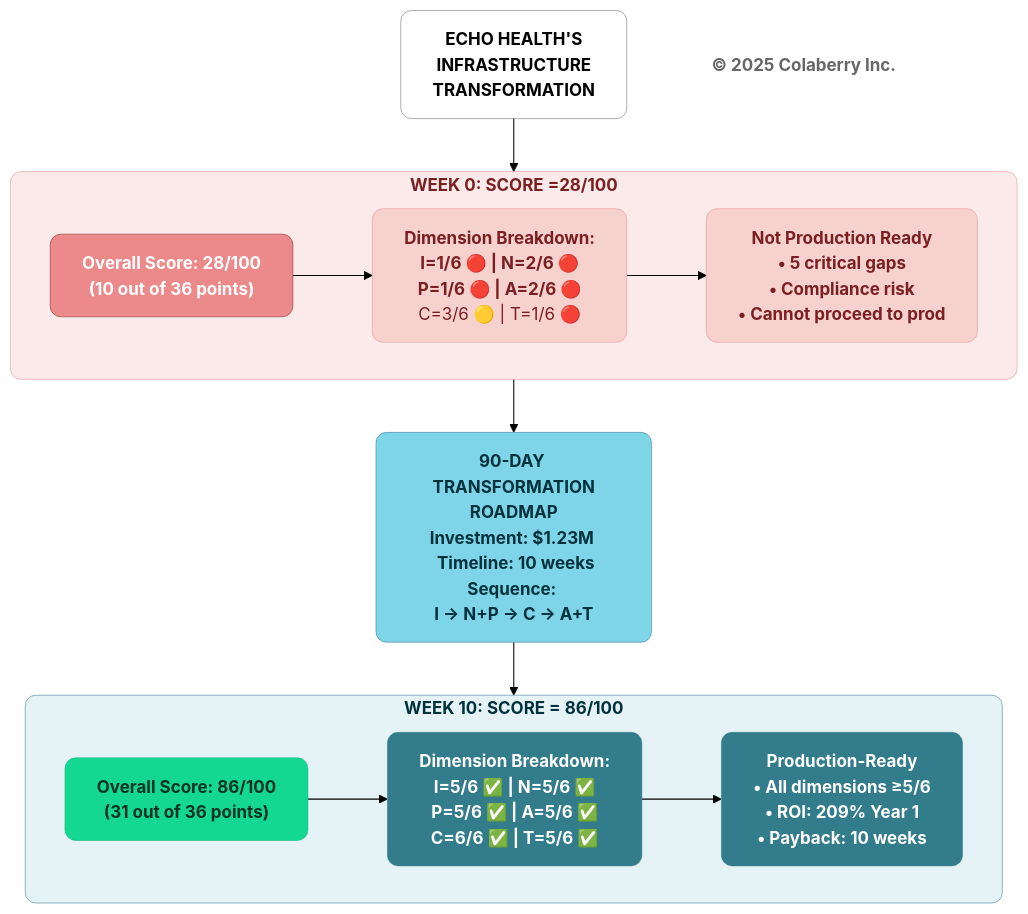
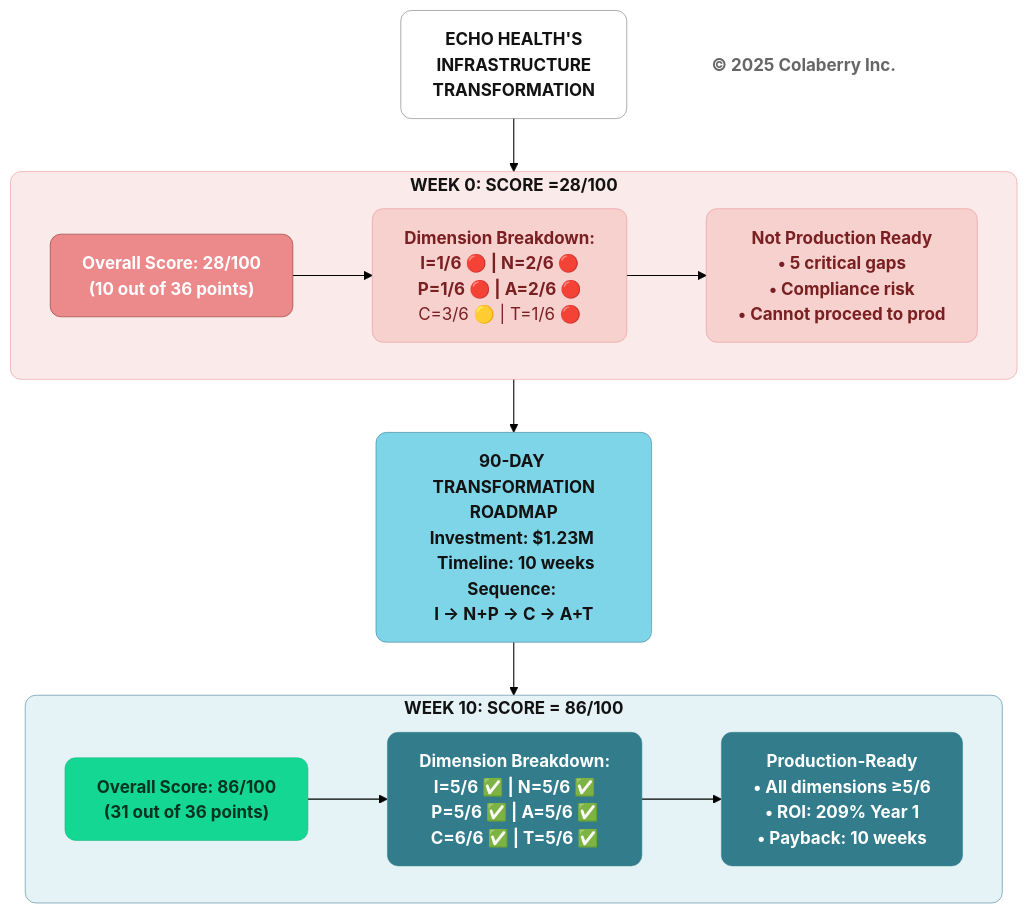
Before and after one commit to saitejesh-cyber/trust-before-intelligence-book: the sixth of 12 diagrams in manuscript/03_chapter_2_inpact_framework.md, drawn with Mermaid (forest theme). The commit also changed other lines of this file and 12 other files, not shown here.

````diff
--- a/manuscript/03_chapter_2_inpact_framework.md
+++ b/manuscript/03_chapter_2_inpact_framework.md
@@ -361,51 +361,51 @@
 ```mermaid
 graph TB
     TITLE["<b>ECHO HEALTH'S<br/>INFRASTRUCTURE<br/>TRANSFORMATION</b>"]
     
     TITLE --> BEFORE
     
     subgraph BEFORE["<b>WEEK 0: SCORE =28/100</b>"]
         B_SCORE["<b>Overall Score: 28/100</b><br/><b>(10 out of 36 points)</b>"]
         
         B_DIMS["<b>Dimension Breakdown:</b><br/><b>I=1/6 🔴 | N=2/6 🔴 </b><br/><b>P=1/6 🔴 | A=2/6 🔴</b><br/> C=3/6 🟡 | T=1/6 🔴</b>"]
         
         B_STATUS["<b>Not Production Ready</b><br/><b>• 5 critical gaps </b><br/><b>• Compliance risk</b><br/><b>• Cannot proceed to prod</b>"]
         
         B_SCORE --> B_DIMS
         B_DIMS --> B_STATUS
     end
     
     BEFORE --> TRANSFORM["<b>90-DAY TRANSFORMATION<br/>ROADMAP</b><br/><b>Investment: $1.23M </b><br/><b> Timeline: 10 weeks</b><br/><b>Sequence: </b><br/><b>I → N+P → C → A+T</b>"]
     
     TRANSFORM --> AFTER
     
     subgraph AFTER["<b>WEEK 10: SCORE = 86/100</b>"]
         A_SCORE["<b>Overall Score: 86/100</b><br/><b>(31 out of 36 points)</b>"]
         
         A_DIMS["<b>Dimension Breakdown:</b><br/><b>I=5/6 ✅ | N=5/6 ✅ </b><br/><b> P=5/6 ✅ | A=5/6 ✅</b><br/><b>C=6/6 ✅ | T=5/6 ✅</b>"]
         
 A_STATUS["<b>Production-Ready</b><br/><b>• All dimensions ≥5/6 </b><br/><b>• ROI: 209% Year 1 </b><br/><b>• Payback: 10 weeks</b>"]
         
         A_SCORE --> A_DIMS
         A_DIMS --> A_STATUS
     end
     
     COPYRIGHT["<b>© 2025 Colaberry Inc.</b>"]
 
-    style TITLE fill:#ffffff,stroke:#666666,stroke-width:0.5px,color:#000000,rx:10,ry:10
+    style TITLE fill:#ffffff,stroke:#666666,stroke-width:0.5px,color:#121212,rx:10,ry:10
 
     %% BEFORE — Problems / Failures (Coral)
-    style BEFORE fill:#FBEAEA,stroke:#EB898B,stroke-width:0.5px,color:#7A1F22,rx:10,ry:10
+    style BEFORE fill:#FBEAEA,stroke:#EB898B,stroke-width:0.5px,color:#121212,rx:10,ry:10
     style B_SCORE fill:#EB898B,color:#ffffff,stroke:#7A1F22,stroke-width:0.5px,rx:10,ry:10
     style B_DIMS fill:#F6D1CE,stroke:#EB898B,stroke-width:0.5px,color:#7A1F22,rx:10,ry:10
     style B_STATUS fill:#F6D1CE,stroke:#EB898B,stroke-width:0.5px,color:#7A1F22,rx:10,ry:10
 
-    style TRANSFORM fill:#7FD5E8,stroke:#32738C,stroke-width:0.5px,color:#00323D,rx:10,ry:10
+    style TRANSFORM fill:#7FD5E8,stroke:#32738C,stroke-width:0.5px,color:#121212,rx:10,ry:10
 
-    style AFTER fill:#E6F3F6,stroke:#32738C,stroke-width:0.5px,color:#00323D,rx:10,ry:10
+    style AFTER fill:#E6F3F6,stroke:#32738C,stroke-width:0.5px,color:#121212,rx:10,ry:10
     style A_SCORE fill:#14D793,color:#003322,stroke:#0FB67D,stroke-width:0.5px,rx:10,ry:10
     style A_DIMS fill:#327C8C,stroke:#30838C,stroke-width:0.5px,color:#ffffff,rx:10,ry:10
     style A_STATUS fill:#327C8C,stroke:#30838C,stroke-width:0.5px,color:#ffffff,rx:10,ry:10
 
     style COPYRIGHT fill:none,stroke:none,color:#666666
 ```
````
